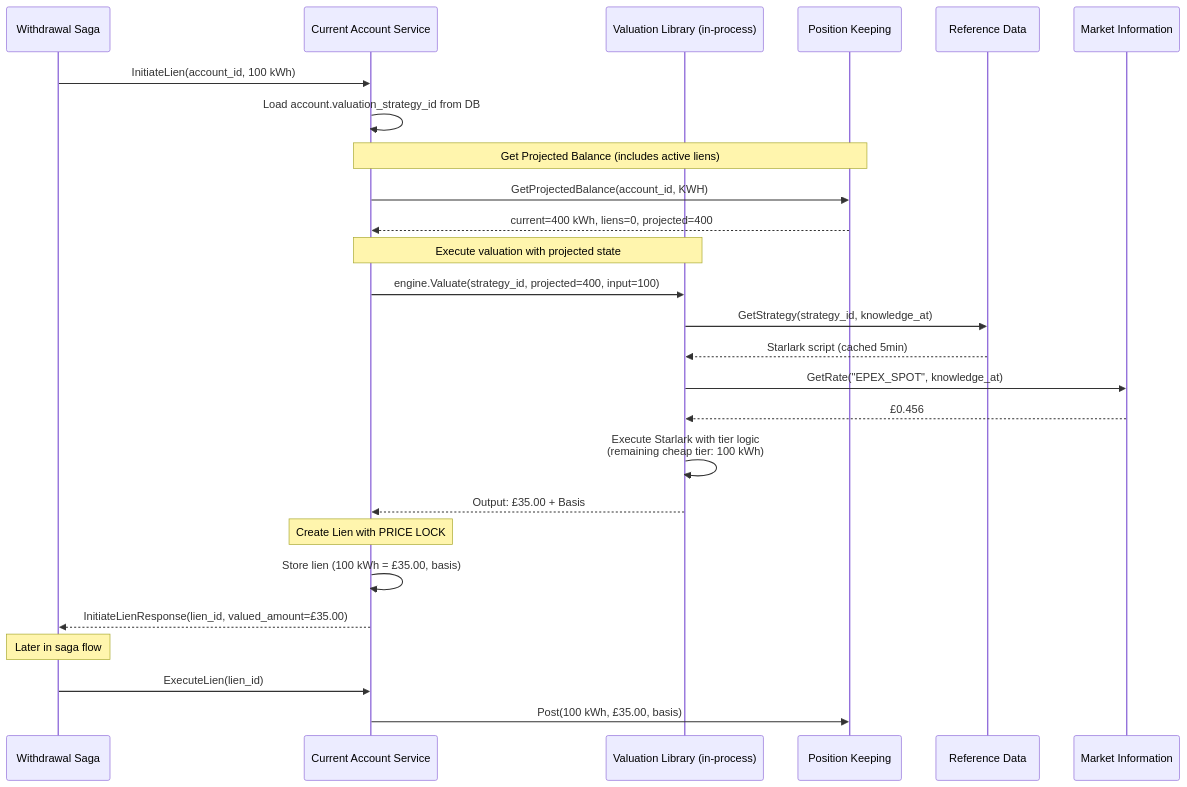
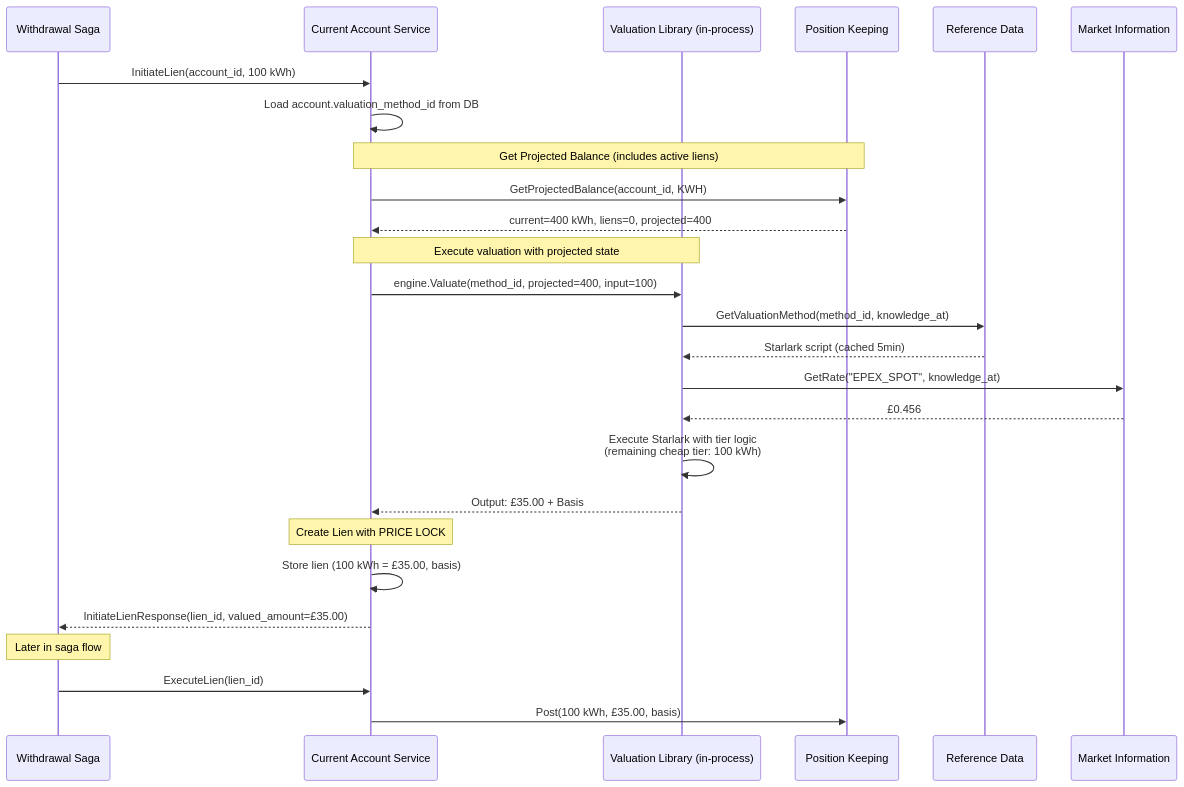
The first of 2 diagrams in docs/prd/valuation-service.md (meridianhub/meridian), drawn with Mermaid before and after one commit. The commit also changed other lines of this file, not shown here.

First line of the commit message:
docs(prd): Update valuation PRD to v2.9 with full BIAN alignment

````diff
--- a/docs/prd/valuation-service.md
+++ b/docs/prd/valuation-service.md
@@ -1562,37 +1697,37 @@
 ```mermaid
 sequenceDiagram
     participant Saga as Withdrawal Saga
     participant Account as Current Account Service
     participant Lib as Valuation Library (in-process)
     participant PosKeep as Position Keeping
     participant Ref as Reference Data
     participant MIM as Market Information
 
     Saga->>Account: InitiateLien(account_id, 100 kWh)
-    Account->>Account: Load account.valuation_strategy_id from DB
+    Account->>Account: Load account.valuation_method_id from DB
 
     Note over Account,PosKeep: Get Projected Balance (includes active liens)
     Account->>PosKeep: GetProjectedBalance(account_id, KWH)
     PosKeep-->>Account: current=400 kWh, liens=0, projected=400
 
     Note over Account,Lib: Execute valuation with projected state
-    Account->>Lib: engine.Valuate(strategy_id, projected=400, input=100)
+    Account->>Lib: engine.Valuate(method_id, projected=400, input=100)
 
-    Lib->>Ref: GetStrategy(strategy_id, knowledge_at)
+    Lib->>Ref: GetValuationMethod(method_id, knowledge_at)
     Ref-->>Lib: Starlark script (cached 5min)
 
     Lib->>MIM: GetRate("EPEX_SPOT", knowledge_at)
     MIM-->>Lib: £0.456
 
     Lib->>Lib: Execute Starlark with tier logic<br/>(remaining cheap tier: 100 kWh)
     Lib-->>Account: Output: £35.00 + Basis
 
     Note over Account: Create Lien with PRICE LOCK
     Account->>Account: Store lien (100 kWh = £35.00, basis)
 
     Account-->>Saga: InitiateLienResponse(lien_id, valued_amount=£35.00)
 
     Note over Saga: Later in saga flow
     Saga->>Account: ExecuteLien(lien_id)
     Account->>PosKeep: Post(100 kWh, £35.00, basis)
 ```
````
